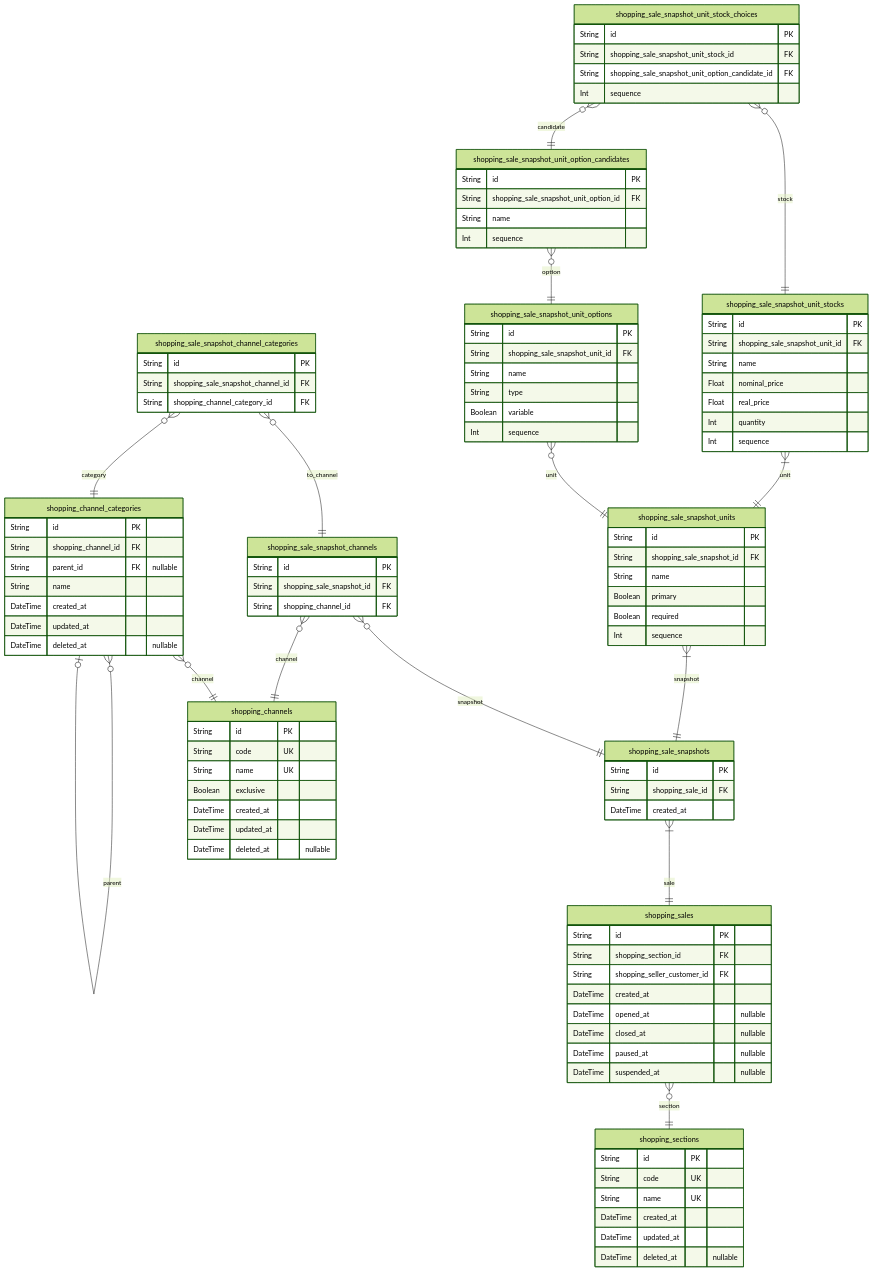
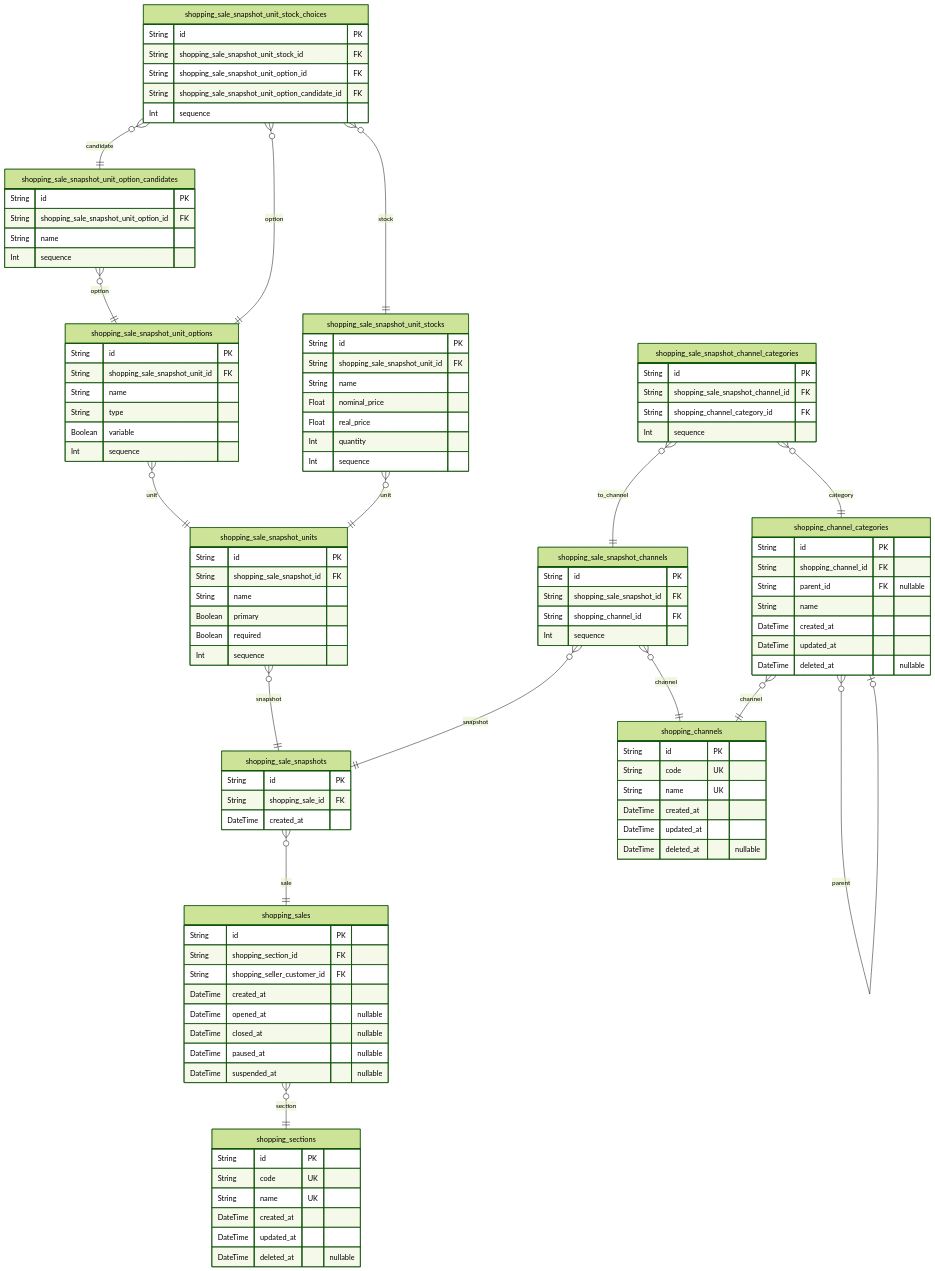
One commit to samchon/prisma-markdown changed the fourth of 10 diagrams in ERD.md. Above: the diagram before and after it, drawn with Mermaid (forest theme). The commit also changed other lines of this file and 13 other files, not shown here.

````diff
--- a/ERD.md
+++ b/ERD.md
@@ -705,105 +722,108 @@
 ```mermaid
 erDiagram
 "shopping_sales" {
-    String id PK
-    String shopping_section_id FK
-    String shopping_seller_customer_id FK
-    DateTime created_at
-    DateTime opened_at "nullable"
-    DateTime closed_at "nullable"
-    DateTime paused_at "nullable"
-    DateTime suspended_at "nullable"
+  String id PK
+  String shopping_section_id FK
+  String shopping_seller_customer_id FK
+  DateTime created_at
+  DateTime opened_at "nullable"
+  DateTime closed_at "nullable"
+  DateTime paused_at "nullable"
+  DateTime suspended_at "nullable"
 }
 "shopping_sale_snapshots" {
-    String id PK
-    String shopping_sale_id FK
-    DateTime created_at
+  String id PK
+  String shopping_sale_id FK
+  DateTime created_at
+}
+"shopping_sale_snapshot_units" {
+  String id PK
+  String shopping_sale_snapshot_id FK
+  String name
+  Boolean primary
+  Boolean required
+  Int sequence
+}
+"shopping_sale_snapshot_unit_options" {
+  String id PK
+  String shopping_sale_snapshot_unit_id FK
+  String name
+  String type
+  Boolean variable
+  Int sequence
+}
+"shopping_sale_snapshot_unit_option_candidates" {
+  String id PK
+  String shopping_sale_snapshot_unit_option_id FK
+  String name
+  Int sequence
+}
+"shopping_sale_snapshot_unit_stocks" {
+  String id PK
+  String shopping_sale_snapshot_unit_id FK
+  String name
+  Float nominal_price
+  Float real_price
+  Int quantity
+  Int sequence
+}
+"shopping_sale_snapshot_unit_stock_choices" {
+  String id PK
+  String shopping_sale_snapshot_unit_stock_id FK
+  String shopping_sale_snapshot_unit_option_id FK
+  String shopping_sale_snapshot_unit_option_candidate_id FK
+  Int sequence
 }
 "shopping_sale_snapshot_channels" {
-    String id PK
-    String shopping_sale_snapshot_id FK
-    String shopping_channel_id FK
+  String id PK
+  String shopping_sale_snapshot_id FK
+  String shopping_channel_id FK
+  Int sequence
 }
 "shopping_sale_snapshot_channel_categories" {
-    String id PK
-    String shopping_sale_snapshot_channel_id FK
-    String shopping_channel_category_id FK
-}
-"shopping_sale_snapshot_units" {
-    String id PK
-    String shopping_sale_snapshot_id FK
-    String name
-    Boolean primary
-    Boolean required
-    Int sequence
-}
-"shopping_sale_snapshot_unit_options" {
-    String id PK
-    String shopping_sale_snapshot_unit_id FK
-    String name
-    String type
-    Boolean variable
-    Int sequence
-}
-"shopping_sale_snapshot_unit_option_candidates" {
-    String id PK
-    String shopping_sale_snapshot_unit_option_id FK
-    String name
-    Int sequence
-}
-"shopping_sale_snapshot_unit_stocks" {
-    String id PK
-    String shopping_sale_snapshot_unit_id FK
-    String name
-    Float nominal_price
-    Float real_price
-    Int quantity
-    Int sequence
-}
-"shopping_sale_snapshot_unit_stock_choices" {
-    String id PK
-    String shopping_sale_snapshot_unit_stock_id FK
-    String shopping_sale_snapshot_unit_option_candidate_id FK
-    Int sequence
+  String id PK
+  String shopping_sale_snapshot_channel_id FK
+  String shopping_channel_category_id FK
+  Int sequence
 }
 "shopping_channels" {
-    String id PK
-    String code UK
-    String name UK
-    Boolean exclusive
-    DateTime created_at
-    DateTime updated_at
-    DateTime deleted_at "nullable"
+  String id PK
+  String code UK
+  String name UK
+  DateTime created_at
+  DateTime updated_at
+  DateTime deleted_at "nullable"
 }
 "shopping_channel_categories" {
-    String id PK
-    String shopping_channel_id FK
-    String parent_id FK "nullable"
-    String name
-    DateTime created_at
-    DateTime updated_at
-    DateTime deleted_at "nullable"
+  String id PK
+  String shopping_channel_id FK
+  String parent_id FK "nullable"
+  String name
+  DateTime created_at
+  DateTime updated_at
+  DateTime deleted_at "nullable"
 }
 "shopping_sections" {
-    String id PK
-    String code UK
-    String name UK
-    DateTime created_at
-    DateTime updated_at
-    DateTime deleted_at "nullable"
+  String id PK
+  String code UK
+  String name UK
+  DateTime created_at
+  DateTime updated_at
+  DateTime deleted_at "nullable"
 }
 "shopping_sales" }o--|| "shopping_sections" : section
-"shopping_sale_snapshots" }|--|| "shopping_sales" : sale
+"shopping_sale_snapshots" }o--|| "shopping_sales" : sale
+"shopping_sale_snapshot_units" }o--|| "shopping_sale_snapshots" : snapshot
+"shopping_sale_snapshot_unit_options" }o--|| "shopping_sale_snapshot_units" : unit
+"shopping_sale_snapshot_unit_option_candidates" }o--|| "shopping_sale_snapshot_unit_options" : option
+"shopping_sale_snapshot_unit_stocks" }o--|| "shopping_sale_snapshot_units" : unit
+"shopping_sale_snapshot_unit_stock_choices" }o--|| "shopping_sale_snapshot_unit_stocks" : stock
+"shopping_sale_snapshot_unit_stock_choices" }o--|| "shopping_sale_snapshot_unit_options" : option
+"shopping_sale_snapshot_unit_stock_choices" }o--|| "shopping_sale_snapshot_unit_option_candidates" : candidate
 "shopping_sale_snapshot_channels" }o--|| "shopping_sale_snapshots" : snapshot
 "shopping_sale_snapshot_channels" }o--|| "shopping_channels" : channel
 "shopping_sale_snapshot_channel_categories" }o--|| "shopping_sale_snapshot_channels" : to_channel
 "shopping_sale_snapshot_channel_categories" }o--|| "shopping_channel_categories" : category
-"shopping_sale_snapshot_units" }|--|| "shopping_sale_snapshots" : snapshot
-"shopping_sale_snapshot_unit_options" }o--|| "shopping_sale_snapshot_units" : unit
-"shopping_sale_snapshot_unit_option_candidates" }o--|| "shopping_sale_snapshot_unit_options" : option
-"shopping_sale_snapshot_unit_stocks" }|--|| "shopping_sale_snapshot_units" : unit
-"shopping_sale_snapshot_unit_stock_choices" }o--|| "shopping_sale_snapshot_unit_stocks" : stock
-"shopping_sale_snapshot_unit_stock_choices" }o--|| "shopping_sale_snapshot_unit_option_candidates" : candidate
 "shopping_channel_categories" }o--|| "shopping_channels" : channel
 "shopping_channel_categories" }o--o| "shopping_channel_categories" : parent
 ```
````
